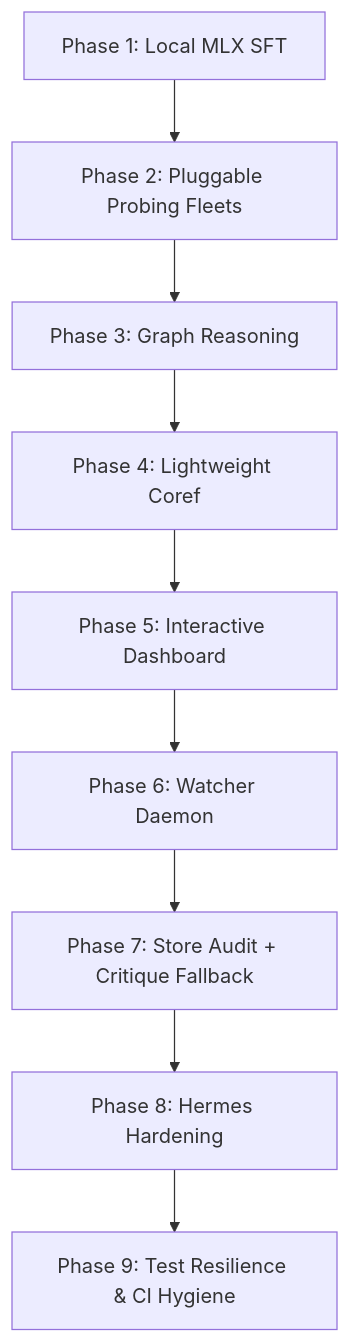
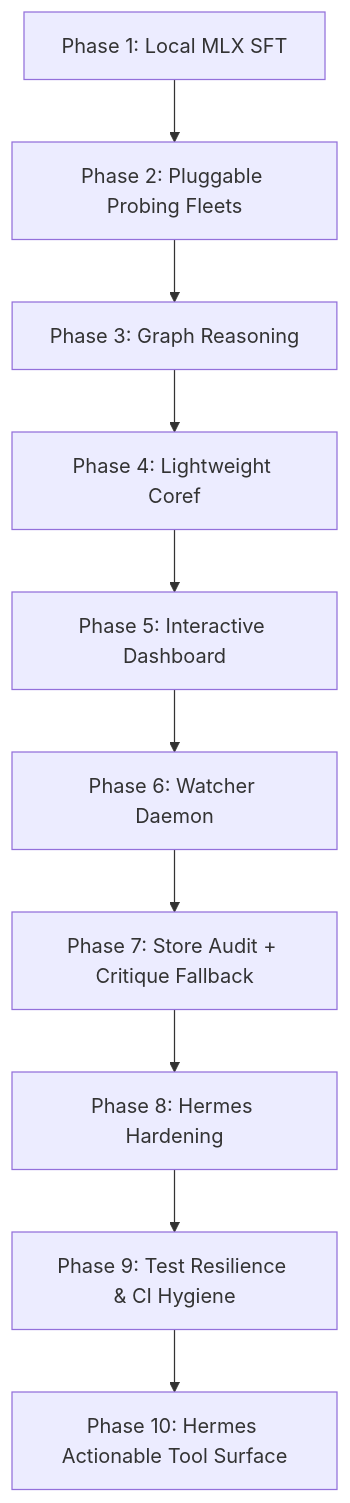
Before and after one commit to nelslindahlx/knowledge-reduce-core: the diagram in IMPROVEMENT_MASTER_PLAN.md, drawn with Mermaid. The commit also changed other lines of this file, not shown here.

Commit message:
docs: add Phase 10 Hermes Actionable Tool Surface to master plan

````diff
--- a/IMPROVEMENT_MASTER_PLAN.md
+++ b/IMPROVEMENT_MASTER_PLAN.md
@@ -46,11 +46,12 @@
 ```mermaid
 graph TD
     M1[Phase 1: Local MLX SFT] --> M2[Phase 2: Pluggable Probing Fleets]
     M2 --> M3[Phase 3: Graph Reasoning]
     M3 --> M4[Phase 4: Lightweight Coref]
     M4 --> M5[Phase 5: Interactive Dashboard]
     M5 --> M6[Phase 6: Watcher Daemon]
     M6 --> M7[Phase 7: Store Audit + Critique Fallback]
     M7 --> M8[Phase 8: Hermes Hardening]
     M8 --> M9[Phase 9: Test Resilience & CI Hygiene]
+    M9 --> M10[Phase 10: Hermes Actionable Tool Surface]
 ```
````
